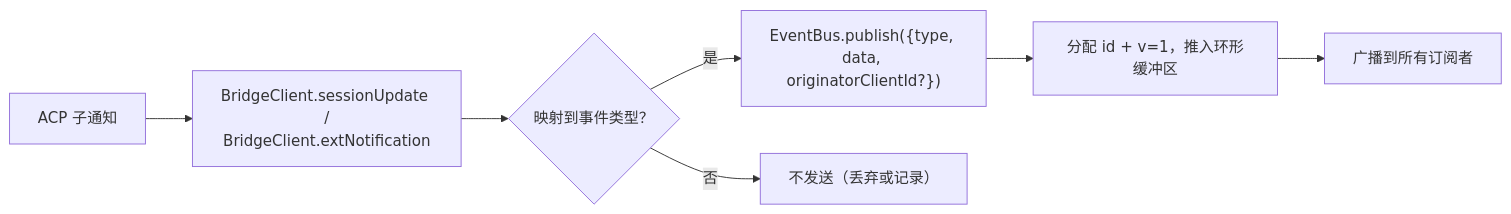
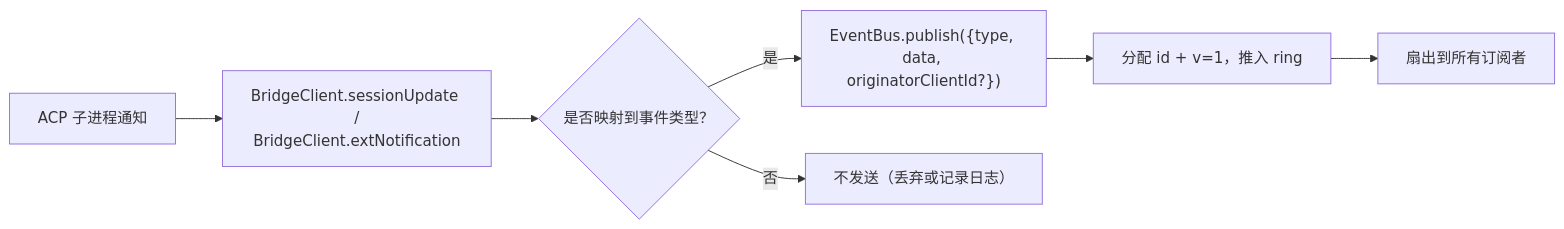
One commit to QwenLM/qwen-code-docs changed the first of 2 diagrams in website/content/zh/developers/daemon/09-event-schema.md. Above: the diagram before and after it, drawn with Mermaid. The commit also changed other lines of this file and 162 other files, not shown here.

````diff
--- a/website/content/zh/developers/daemon/09-event-schema.md
+++ b/website/content/zh/developers/daemon/09-event-schema.md
@@ -167,9 +181,9 @@
 ```mermaid
 flowchart LR
-    A["ACP 子通知"] --> B["BridgeClient.sessionUpdate /<br/>BridgeClient.extNotification"]
-    B --> C{"映射到事件类型？"}
+    A["ACP 子进程通知"] --> B["BridgeClient.sessionUpdate /<br/>BridgeClient.extNotification"]
+    B --> C{"是否映射到事件类型？"}
     C -->|是| D["EventBus.publish({type, data, originatorClientId?})"]
-    C -->|否| E["不发送（丢弃或记录）"]
-    D --> F["分配 id + v=1，推入环形缓冲区"]
-    F --> G["广播到所有订阅者"]
+    C -->|否| E["不发送（丢弃或记录日志）"]
+    D --> F["分配 id + v=1，推入 ring"]
+    F --> G["扇出到所有订阅者"]
 ```
````
